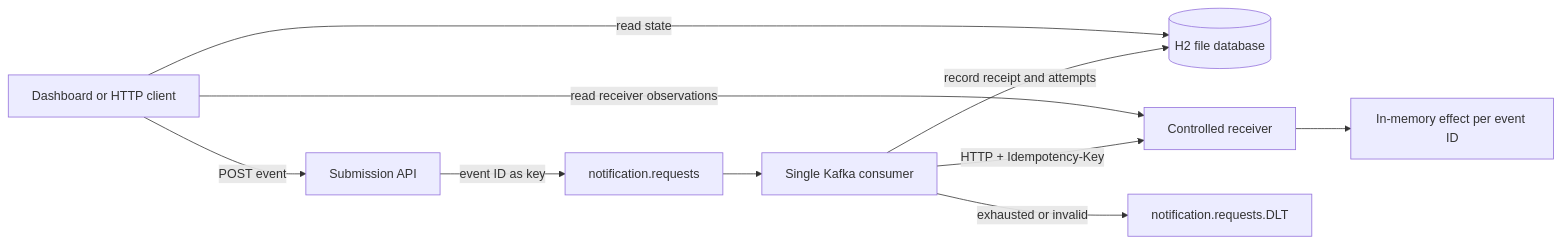
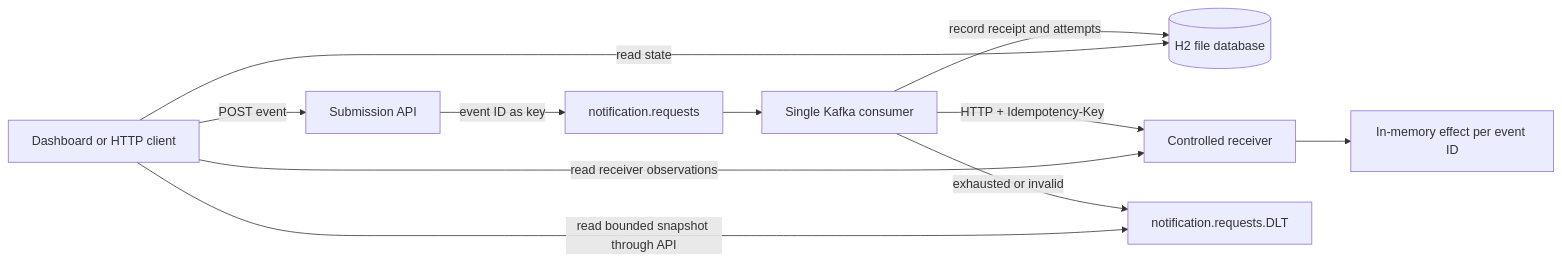
Before and after one commit to Sahreb-Aamir/event-delivery-lab: the diagram in docs/architecture.md, drawn with Mermaid. The commit also changed other lines of this file and 7 other files, not shown here.

Commit message:
Add bounded read-only dead-letter inspection

````diff
--- a/docs/architecture.md
+++ b/docs/architecture.md
@@ -5,12 +5,13 @@
 ```mermaid
 flowchart LR
     UI[Dashboard or HTTP client] -->|POST event| API[Submission API]
     API -->|event ID as key| K[notification.requests]
     K --> C[Single Kafka consumer]
     C -->|record receipt and attempts| DB[(H2 file database)]
     C -->|HTTP + Idempotency-Key| R[Controlled receiver]
     R --> E[In-memory effect per event ID]
     C -->|exhausted or invalid| DLT[notification.requests.DLT]
+    UI -->|read bounded snapshot through API| DLT
     UI -->|read state| DB
     UI -->|read receiver observations| R
 ```
````
